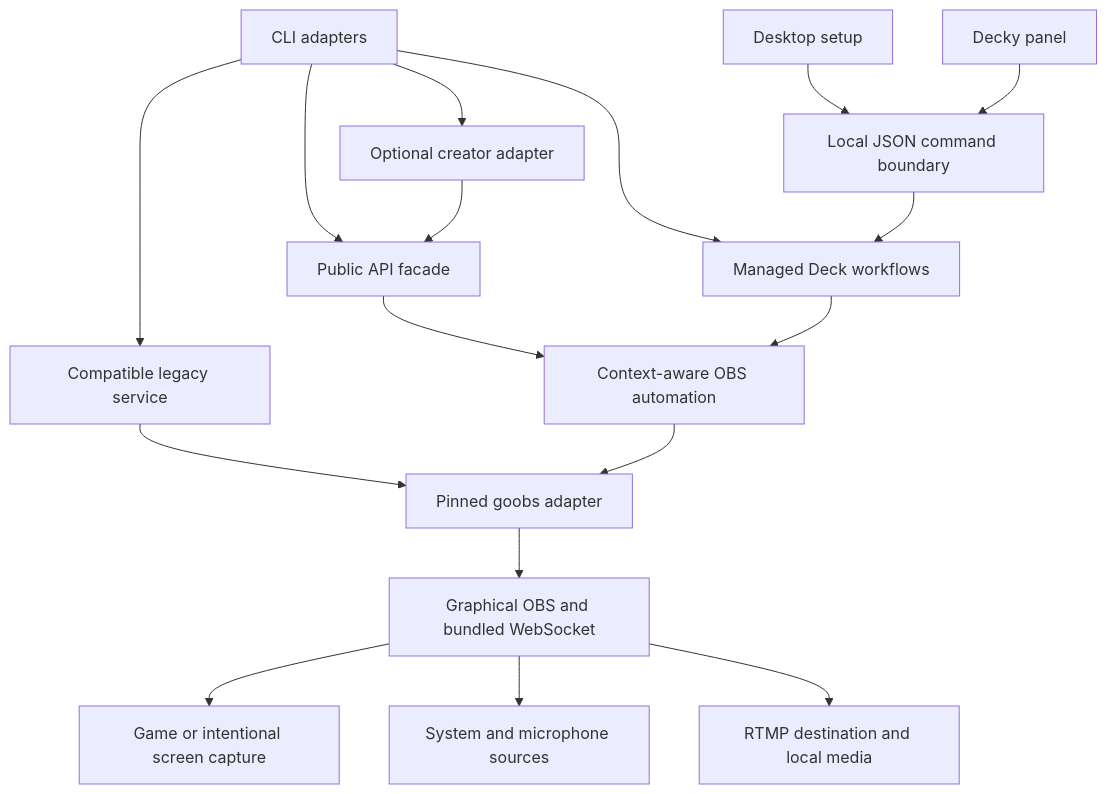
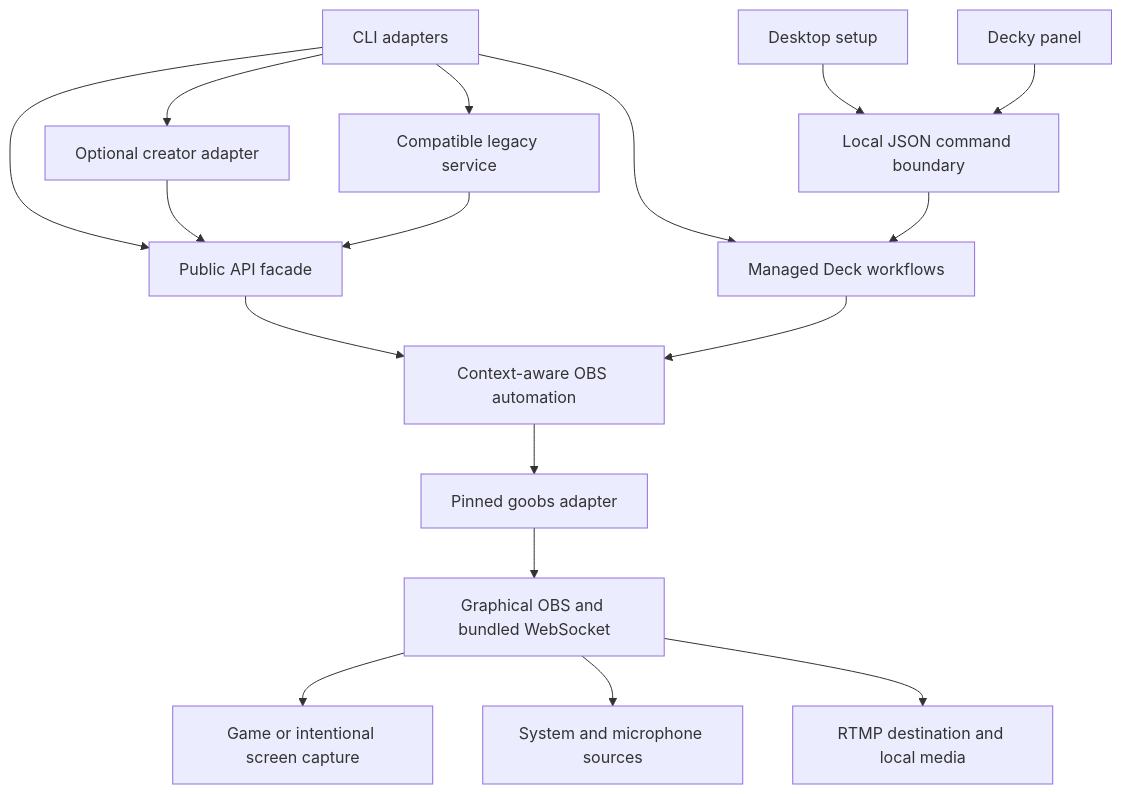
The diagram in ARCHITECTURE.md (szmyty/obsgod), drawn with Mermaid before and after one commit. The commit also changed other lines of this file and 6 other files, not shown here.

````diff
--- a/ARCHITECTURE.md
+++ b/ARCHITECTURE.md
@@ -30,19 +31,19 @@
 ```mermaid
 flowchart TD
     CLI[CLI adapters] --> Legacy[Compatible legacy service]
     CLI --> API[Public API facade]
     CLI --> Creator[Optional creator adapter]
     Creator --> API
     API --> Automation
     CLI --> Deck[Managed Deck workflows]
     Desktop[Desktop setup] --> JSON[Local JSON command boundary]
     Panel[Decky panel] --> JSON
     JSON --> Deck
     Deck --> Automation[Context-aware OBS automation]
-    Legacy --> Protocol[Pinned goobs adapter]
-    Automation --> Protocol
+    Legacy --> API
+    Automation --> Protocol[Pinned goobs adapter]
     Protocol --> OBS[Graphical OBS and bundled WebSocket]
     OBS --> Capture[Game or intentional screen capture]
     OBS --> Audio[System and microphone sources]
     OBS --> Outputs[RTMP destination and local media]
 ```
````
